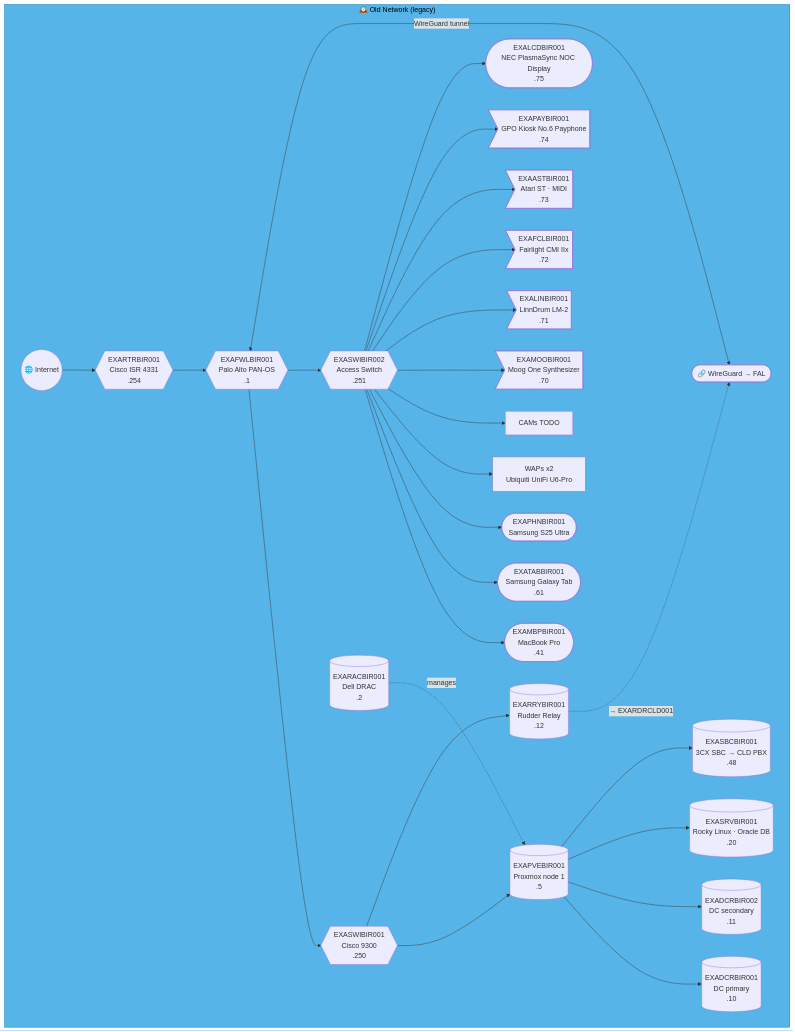
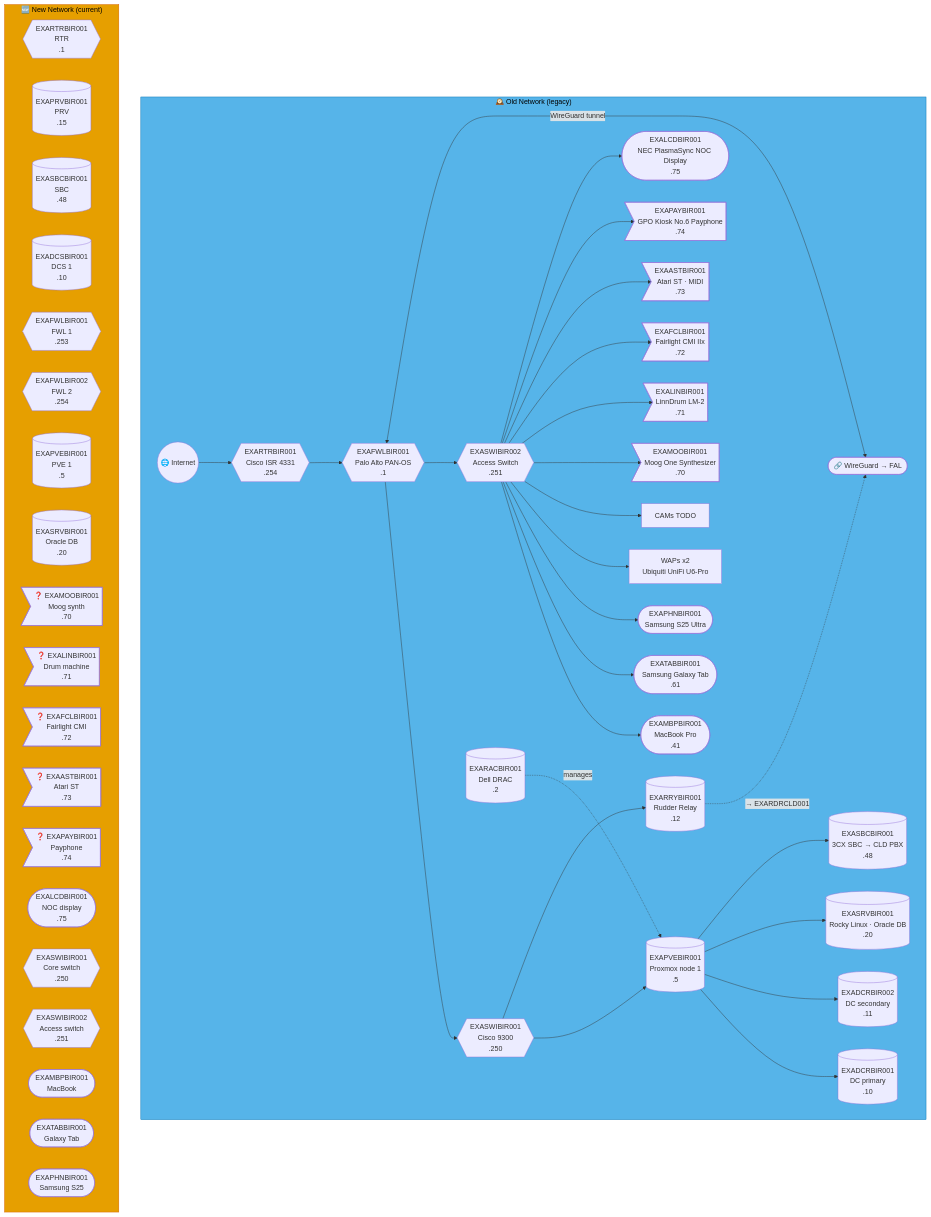
Before and after one commit to knightmare2600/example_music_infra: the tenth of 51 diagrams in docs/network-diagram.md, drawn with Mermaid. The commit also changed other lines of this file and 1 other file, not shown here.

````diff
--- a/docs/network-diagram.md
+++ b/docs/network-diagram.md
@@ -556,40 +762,64 @@
 ```mermaid
 graph TD
     subgraph OLD_BIR ["🕰️ Old Network (legacy)"]
       INET(("🌐 Internet"))
       FWL{{"EXAFWLBIR001<br/>Palo Alto PAN-OS<br/>.1"}}
       SW1{{"EXASWIBIR001<br/>Cisco 9300<br/>.250"}}
       SW2{{"EXASWIBIR002<br/>Access Switch<br/>.251"}}
       RTR{{"EXARTRBIR001<br/>Cisco ISR 4331<br/>.254"}}
       RAC[("EXARACBIR001<br/>Dell DRAC<br/>.2")]
       PVE[("EXAPVEBIR001<br/>Proxmox node 1<br/>.5")]
       DC1[("EXADCRBIR001<br/>DC primary<br/>.10")]
       DC2[("EXADCRBIR002<br/>DC secondary<br/>.11")]
       SRV[("EXASRVBIR001<br/>Rocky Linux · Oracle DB<br/>.20")]
       SBC[("EXASBCBIR001<br/>3CX SBC → CLD PBX<br/>.48")]
       RRY[("EXARRYBIR001<br/>Rudder Relay<br/>.12")]
       MBP(["EXAMBPBIR001<br/>MacBook Pro<br/>.41"])
       TAB(["EXATABBIR001<br/>Samsung Galaxy Tab<br/>.61"])
       PHN(["EXAPHNBIR001<br/>Samsung S25 Ultra"])
       WAP["WAPs x2<br/>Ubiquiti UniFi U6-Pro"]
       CAM["CAMs TODO"]
       MOO>"EXAMOOBIR001<br/>Moog One Synthesizer<br/>.70"]
       LIN>"EXALINBIR001<br/>LinnDrum LM-2<br/>.71"]
       FCL>"EXAFCLBIR001<br/>Fairlight CMI IIx<br/>.72"]
       AST>"EXAASTBIR001<br/>Atari ST · MIDI<br/>.73"]
       PAY>"EXAPAYBIR001<br/>GPO Kiosk No.6 Payphone<br/>.74"]
       LCD(["EXALCDBIR001<br/>NEC PlasmaSync NOC Display<br/>.75"])
       VPN(["🔗 WireGuard → FAL"])
 
       INET --> RTR --> FWL --> SW1 & SW2
       SW1 --> PVE --> DC1 & DC2 & SRV & SBC
       RAC -.->|"manages"| PVE
       SW2 --> MBP & TAB & PHN & WAP & CAM
       SW2 --> MOO & LIN & FCL & AST & PAY & LCD
       FWL <-->|"WireGuard tunnel"| VPN
 
       SW1 --> RRY
       RRY -. "→ EXARDRCLD001" .-> VPN
     end
     style OLD_BIR fill:#56B4E9,stroke:#0072B2,color:#000000
+    %% GENERATED:NEW-NETWORK:BIR:START
+    subgraph NEW_BIR ["🆕 New Network (current)"]
+      N_RTR{{"EXARTRBIR001<br/>RTR<br/>.1"}}
+      N_PRV[("EXAPRVBIR001<br/>PRV<br/>.15")]
+      N_SBC[("EXASBCBIR001<br/>SBC<br/>.48")]
+      N_DCS[("EXADCSBIR001<br/>DCS 1<br/>.10")]
+      N_FWL{{"EXAFWLBIR001<br/>FWL 1<br/>.253"}}
+      N_FWL2{{"EXAFWLBIR002<br/>FWL 2<br/>.254"}}
+      N_PVE[("EXAPVEBIR001<br/>PVE 1<br/>.5")]
+      N_SRV[("EXASRVBIR001<br/>Oracle DB<br/>.20")]
+      N_MOO>"❓ EXAMOOBIR001<br/>Moog synth<br/>.70"]
+      N_LIN>"❓ EXALINBIR001<br/>Drum machine<br/>.71"]
+      N_FCL>"❓ EXAFCLBIR001<br/>Fairlight CMI<br/>.72"]
+      N_AST>"❓ EXAASTBIR001<br/>Atari ST<br/>.73"]
+      N_PAY>"❓ EXAPAYBIR001<br/>Payphone<br/>.74"]
+      N_LCD(["EXALCDBIR001<br/>NOC display<br/>.75"])
+      N_SWI{{"EXASWIBIR001<br/>Core switch<br/>.250"}}
+      N_SWI2{{"EXASWIBIR002<br/>Access switch<br/>.251"}}
+      N_MBP(["EXAMBPBIR001<br/>MacBook"])
+      N_TAB(["EXATABBIR001<br/>Galaxy Tab"])
+      N_PHN(["EXAPHNBIR001<br/>Samsung S25"])
+    end
+    style NEW_BIR fill:#E69F00,stroke:#D55E00,color:#000000
+    %% GENERATED:NEW-NETWORK:BIR:END
 ```
````
